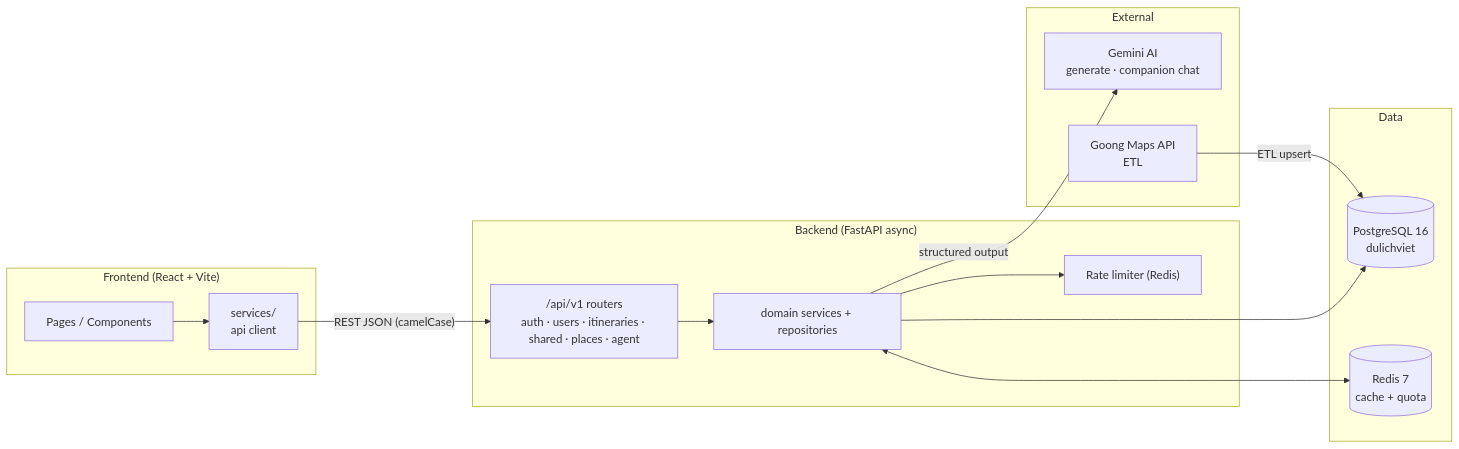
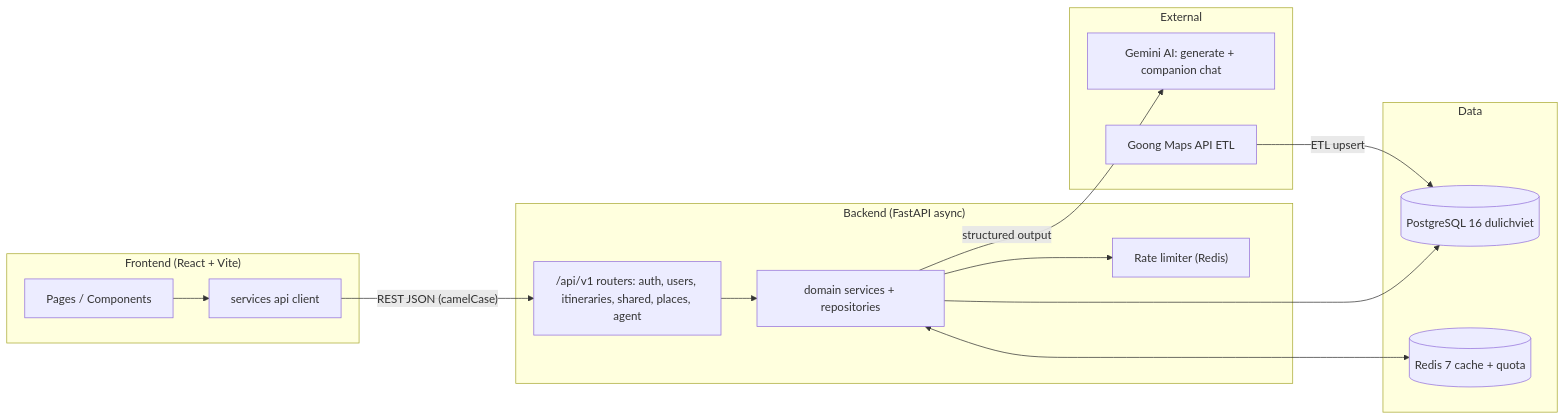
Before and after one commit to KhoiBui16/NT208-ai-travel-itinerary-recommendation-system: the diagram in README.md, drawn with Mermaid. The commit also changed other lines of this file and 15 other files, not shown here.

````diff
--- a/README.md
+++ b/README.md
@@ -113,29 +113,29 @@
 ```mermaid
 flowchart LR
     subgraph Client["Frontend (React + Vite)"]
         UI[Pages / Components]
-        SVC["services/<br/>api client"]
+        SVC["services api client"]
     end
     subgraph BE["Backend (FastAPI async)"]
-        Routers["/api/v1 routers<br/>auth · users · itineraries · shared · places · agent"]
+        Routers["/api/v1 routers: auth, users, itineraries, shared, places, agent"]
         Svc["domain services + repositories"]
         RL["Rate limiter (Redis)"]
     end
     subgraph Data
-        PG[("PostgreSQL 16<br/>dulichviet")]
-        RD[("Redis 7<br/>cache + quota")]
+        PG[("PostgreSQL 16 dulichviet")]
+        RD[("Redis 7 cache + quota")]
     end
     subgraph External
-        GEM["Gemini AI<br/>generate · companion chat"]
-        GOONG["Goong Maps API<br/>ETL"]
+        GEM["Gemini AI: generate + companion chat"]
+        GOONG["Goong Maps API ETL"]
     end
 
     UI --> SVC
     SVC -- "REST JSON (camelCase)" --> Routers
     Routers --> Svc
     Svc --> RL
     Svc --> PG
     Svc <--> RD
     Svc -- "structured output" --> GEM
     GOONG -- "ETL upsert" --> PG
 ```
````
